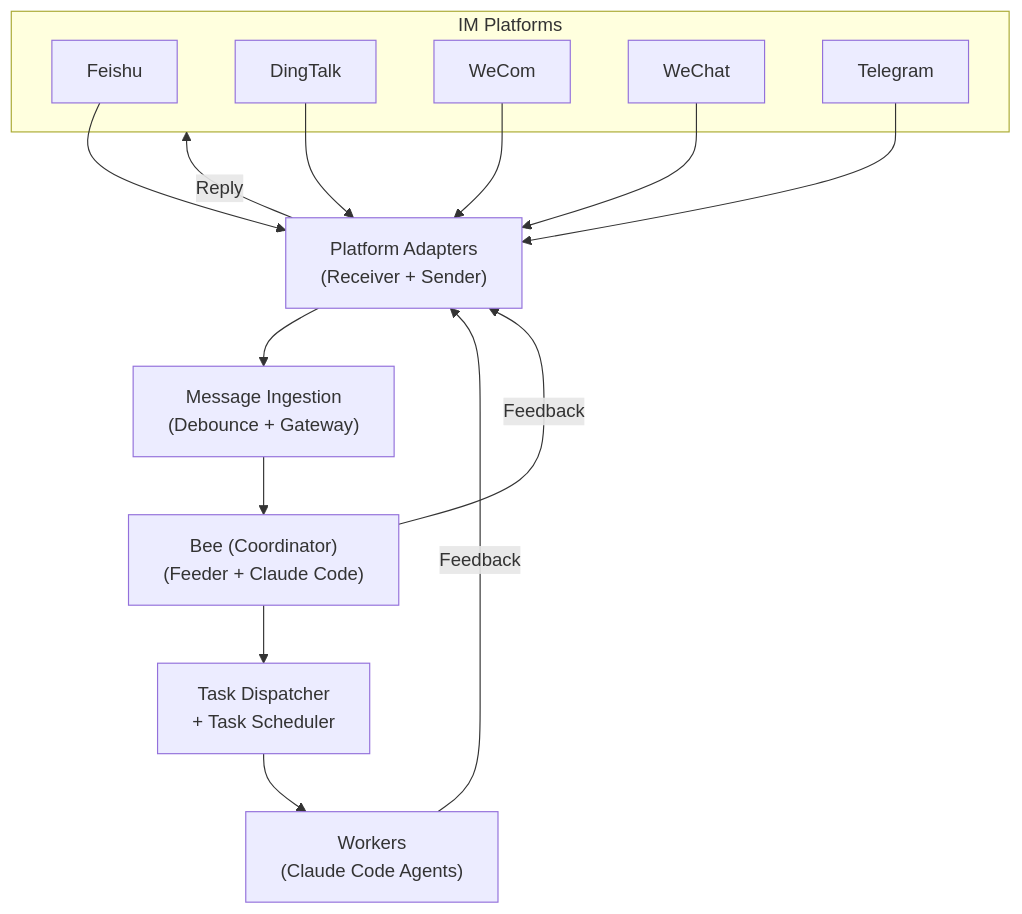
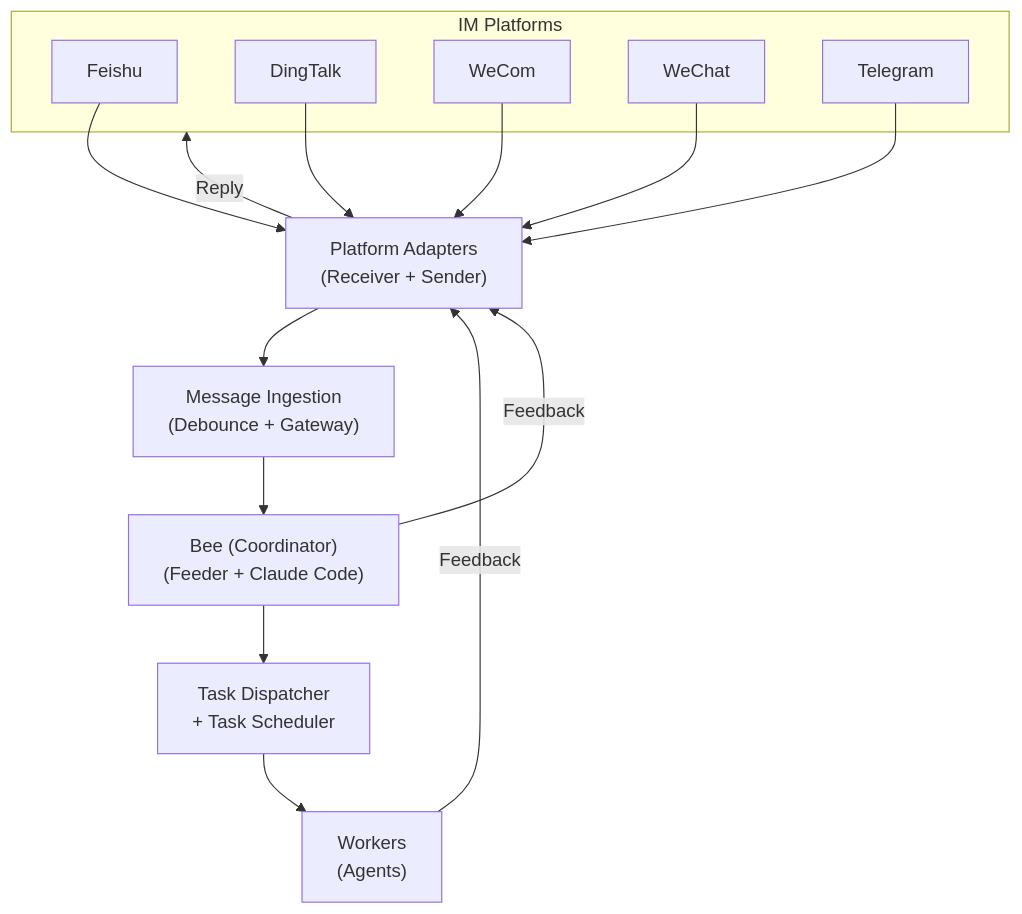
One commit to theopenbee/docs changed the diagram in content/docs/developer/architecture.mdx. Above: the diagram before and after it, drawn with Mermaid. The commit also changed 4 other files, not shown here.

Commit message:
docs: replace "Claude Code" with "Agents" in branding and diagram labels

````diff
--- a/content/docs/developer/architecture.mdx
+++ b/content/docs/developer/architecture.mdx
@@ -12,29 +12,29 @@
 ```mermaid
 graph TD
     subgraph IM["IM Platforms"]
         Feishu["Feishu"]
         DingTalk["DingTalk"]
         WeCom["WeCom"]
         WeChat["WeChat"]
         Telegram["Telegram"]
     end
 
     Feishu & DingTalk & WeCom & WeChat & Telegram --> Adapters
 
     Adapters["Platform Adapters\n(Receiver + Sender)"]
     Adapters --> Ingestion
     Adapters -->|Reply| IM
 
     Ingestion["Message Ingestion\n(Debounce + Gateway)"]
     Ingestion --> Bee
 
     Bee["Bee (Coordinator)\n(Feeder + Claude Code)"]
     Bee --> Dispatcher
     Bee -->|Feedback| Adapters
 
     Dispatcher["Task Dispatcher\n+ Task Scheduler"]
     Dispatcher --> Workers
 
-    Workers["Workers\n(Claude Code Agents)"]
+    Workers["Workers\n(Agents)"]
     Workers -->|Feedback| Adapters
 ```
````
